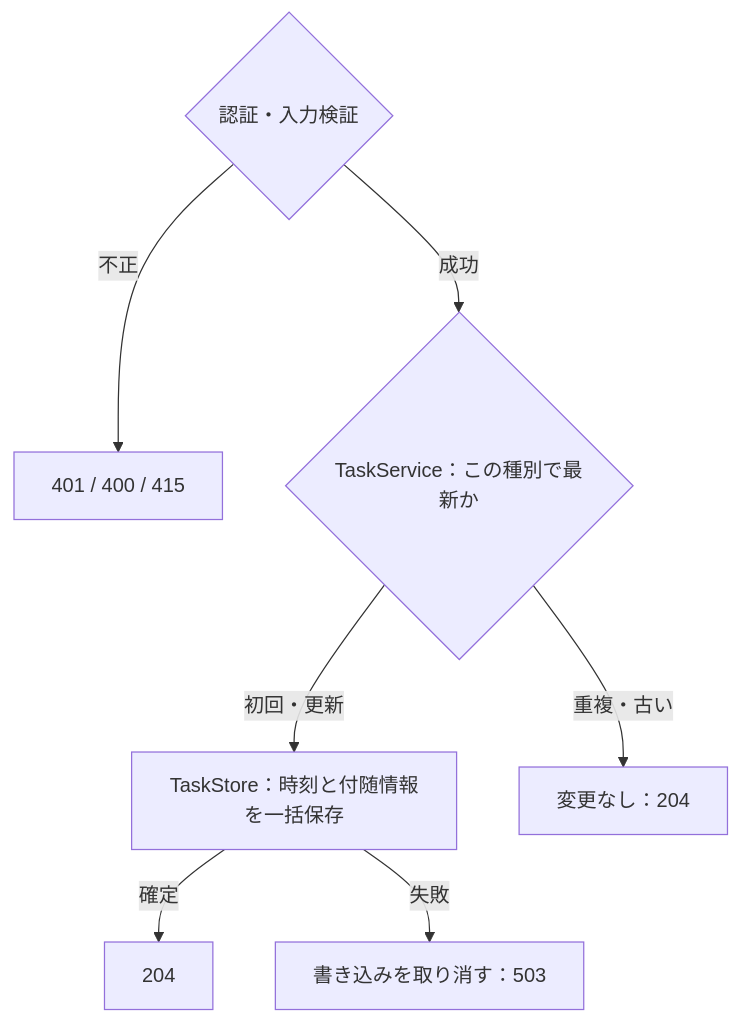
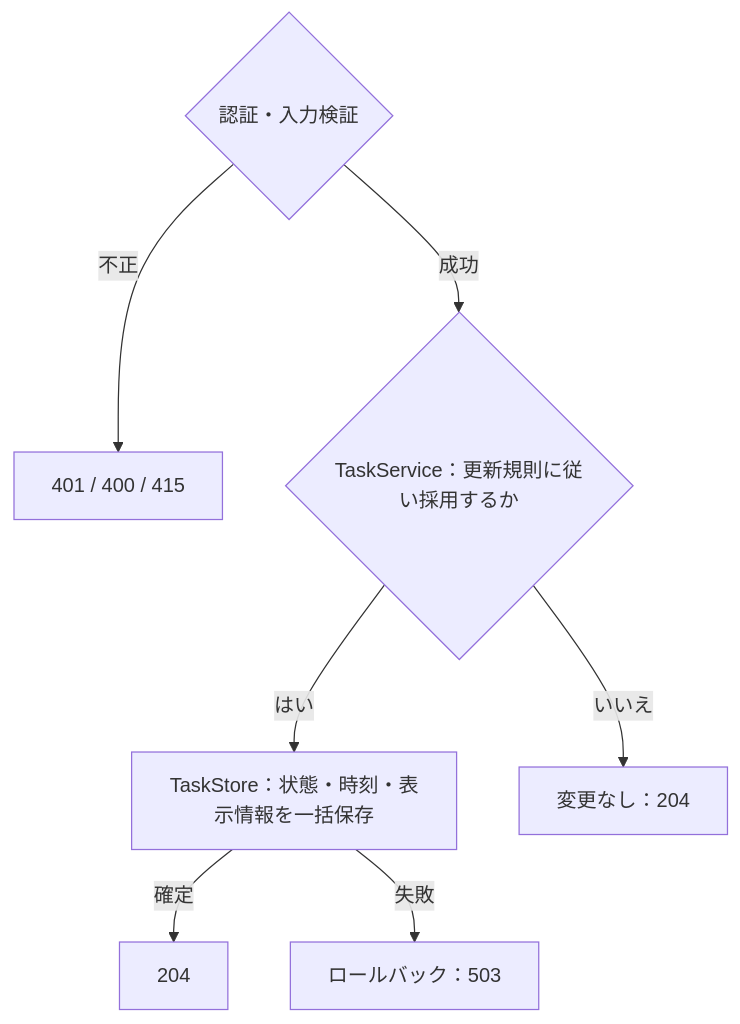
The fourth of 4 diagrams in reply-watch/docs/spec/features/reply-tracking/API.md (nishimura-yuma77/preview), drawn with Mermaid before and after one commit. The commit also changed other lines of this file and 7 other files, not shown here.

````diff
--- a/reply-watch/docs/spec/features/reply-tracking/API.md
+++ b/reply-watch/docs/spec/features/reply-tracking/API.md
@@ -98,9 +108,9 @@
 ```mermaid
 flowchart TD
     A{認証・入力検証} -->|不正| B[401 / 400 / 415]
-    A -->|成功| C{TaskService：この種別で最新か}
-    C -->|初回・更新| D[TaskStore：時刻と付随情報を一括保存]
-    C -->|重複・古い| E[変更なし：204]
+    A -->|成功| C{TaskService：更新規則に従い採用するか}
+    C -->|はい| D[TaskStore：状態・時刻・表示情報を一括保存]
+    C -->|いいえ| E[変更なし：204]
     D -->|確定| F[204]
-    D -->|失敗| G[書き込みを取り消す：503]
+    D -->|失敗| G[ロールバック：503]
 ```
````
